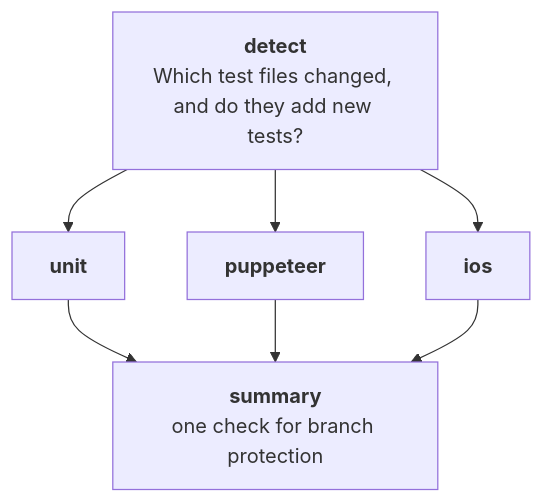
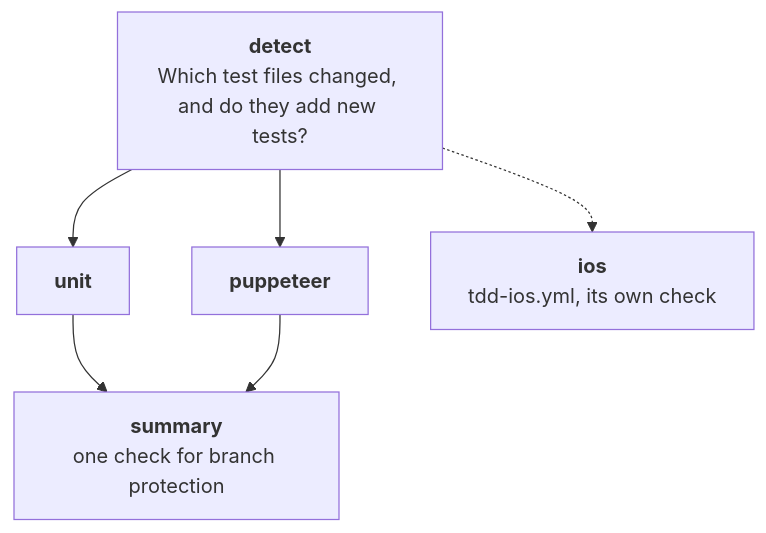
One commit to cybersemics/em changed the third of 3 diagrams in docs/agents/tdd.md. Above: the diagram before and after it, drawn with Mermaid. The commit also changed other lines of this file and 14 other files, not shown here.

````diff
--- a/docs/agents/tdd.md
+++ b/docs/agents/tdd.md
@@ -69,16 +69,15 @@
 ```mermaid
 flowchart TD
     D["<b>detect</b><br/>Which test files changed, and do they add new tests?"]
     D --> U["<b>unit</b>"]
     D --> P["<b>puppeteer</b>"]
-    D --> I["<b>ios</b>"]
+    D -.-> I["<b>ios</b><br/>tdd-ios.yml, its own check"]
     U --> S["<b>summary</b><br/>one check for branch protection"]
     P --> S
-    I --> S
 
     click D "https://github.com/cybersemics/em/blob/HEAD/docs/agents/tdd.md#how-the-check-works" "What detect classifies"
     click U "https://github.com/cybersemics/em/blob/HEAD/docs/agents/tdd.md#how-the-check-works" "The unit job"
     click P "https://github.com/cybersemics/em/blob/HEAD/docs/agents/tdd.md#how-the-check-works" "The puppeteer job"
     click I "https://github.com/cybersemics/em/blob/HEAD/docs/agents/tdd.md#how-the-check-works" "The iOS job"
     click S "https://github.com/cybersemics/em/blob/HEAD/docs/agents/tdd.md#escape-hatches" "The single check, and how to skip it"
 ```
````
